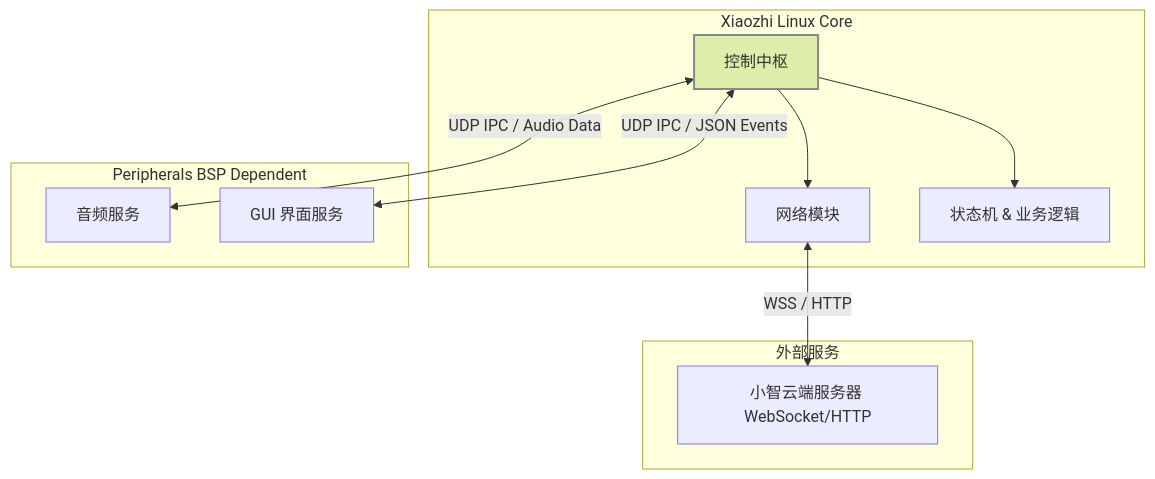
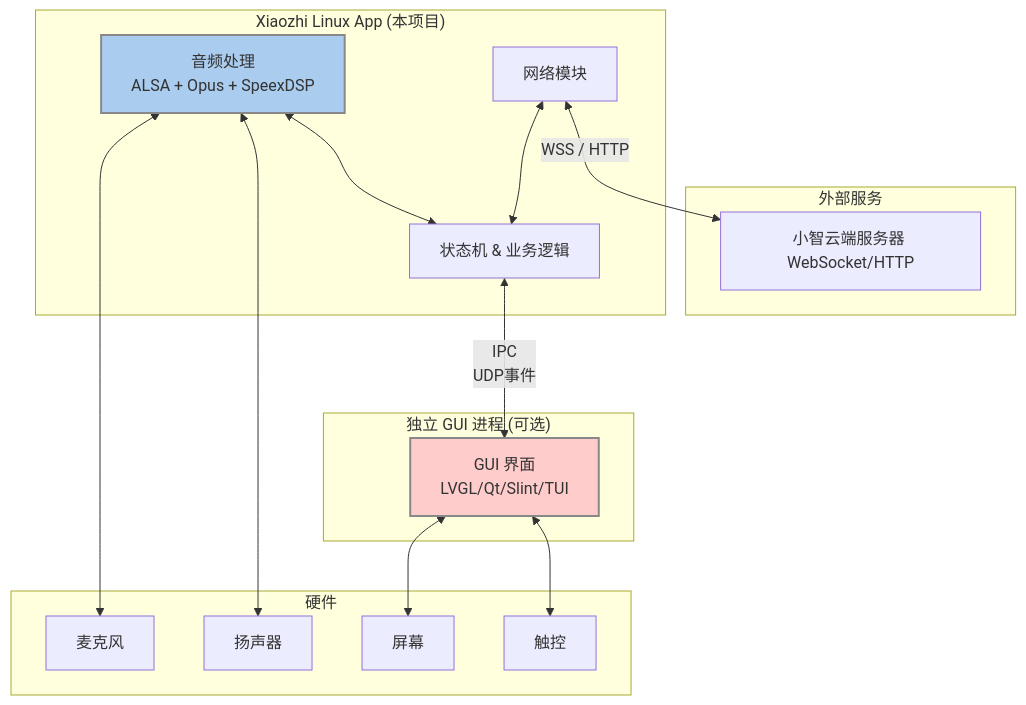
Before and after one commit to marklove5102/xiaozhi_linux_rs: the diagram in README.md, drawn with Mermaid. The commit also changed other lines of this file, not shown here.

````diff
--- a/README.md
+++ b/README.md
@@ -13,27 +25,36 @@
 ```mermaid
 graph TD
-    subgraph External Services [外部服务]
+    subgraph External [外部服务]
         Cloud[小智云端服务器 WebSocket/HTTP]
     end
 
-    subgraph "Xiaozhi Linux Core "
-        Core[控制中枢]
+    subgraph "Xiaozhi Linux App (本项目)"
         Net[网络模块]
+        Audio[音频处理<br/>ALSA + Opus + SpeexDSP]
         Logic[状态机 & 业务逻辑]
         
-        Core --> Net
-        Core --> Logic
+        Net <--> Logic
+        Audio <--> Logic
     end
 
-    subgraph "Peripherals BSP Dependent"
-        AudioApp[音频服务]
-        GUIApp[GUI 界面服务]
+    subgraph "独立 GUI 进程 (可选)"
+        GUI[GUI 界面<br/>LVGL/Qt/Slint/TUI]
     end
 
-    %% Connections
+    subgraph Hardware [硬件]
+        Mic[麦克风]
+        Speaker[扬声器]
+        Screen[屏幕]
+        Touch[触控]
+    end
+
     Net <-->|WSS / HTTP| Cloud
-    Core <-->|UDP IPC / Audio Data| AudioApp
-    Core <-->|UDP IPC / JSON Events| GUIApp
+    Audio <--> Mic
+    Audio <--> Speaker
+    Logic <-->|IPC<br/>UDP事件| GUI
+    GUI <--> Screen
+    GUI <--> Touch
     
-    style Core fill:#dea,stroke:#888,stroke-width:2px
+    style Audio fill:#ace,stroke:#888,stroke-width:2px
+    style GUI fill:#fcc,stroke:#888,stroke-width:2px
 ```
````
